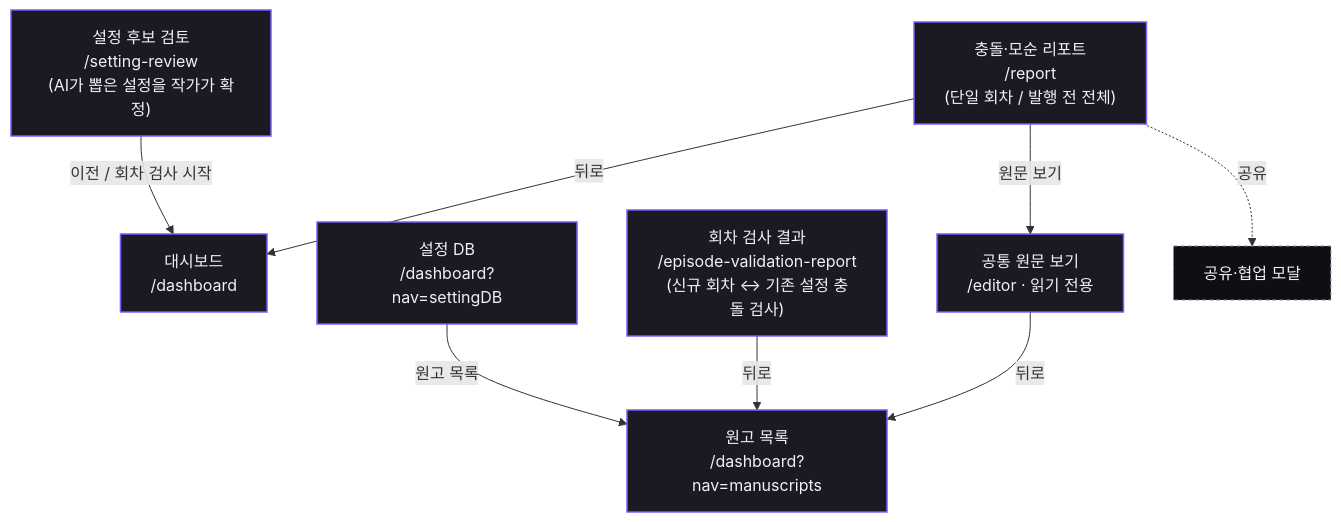
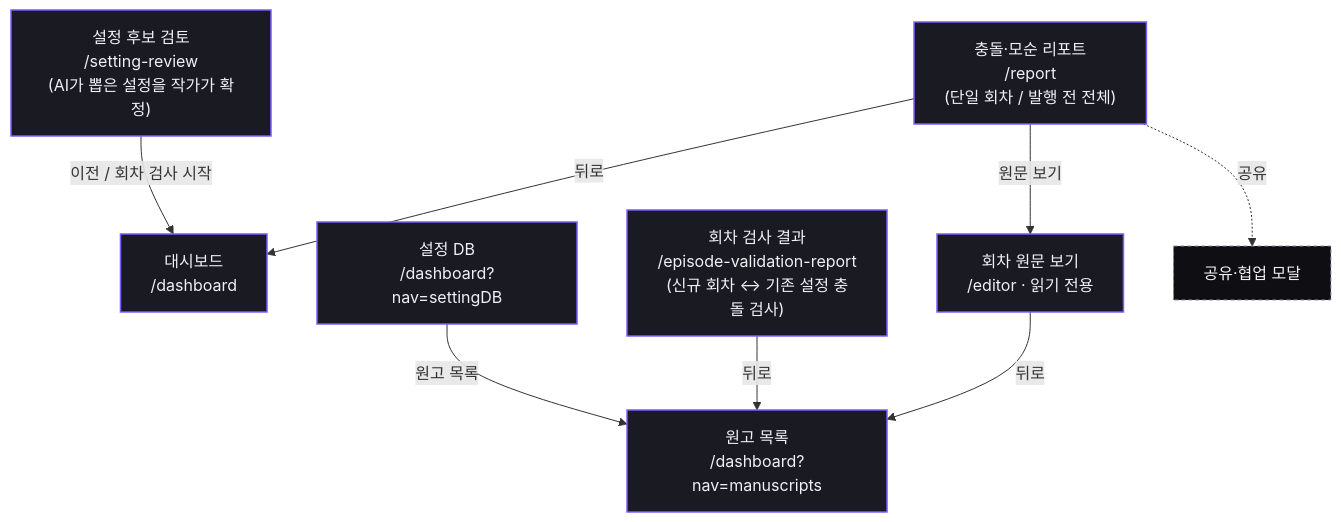
One commit to catchhole-soma/catchhole-front changed the seventh of 7 diagrams in docs/screen-flow.md. Above: the diagram before and after it, drawn with Mermaid. The commit also changed other lines of this file and 11 other files, not shown here.

````diff
--- a/docs/screen-flow.md
+++ b/docs/screen-flow.md
@@ -362,20 +360,20 @@
 ```mermaid
 flowchart TD
   review["설정 후보 검토<br/>/setting-review<br/>(AI가 뽑은 설정을 작가가 확정)"]:::private
   review -- "이전 / 회차 검사 시작" --> dashboard["대시보드<br/>/dashboard"]:::private
 
   settingDB["설정 DB<br/>/dashboard?nav=settingDB"]:::private
   settingDB -- "원고 목록" --> manuscripts["원고 목록<br/>/dashboard?nav=manuscripts"]:::private
 
   valreport["회차 검사 결과<br/>/episode-validation-report<br/>(신규 회차 ↔ 기존 설정 충돌 검사)"]:::private
   valreport -- "뒤로" --> manuscripts
 
   report["충돌·모순 리포트<br/>/report<br/>(단일 회차 / 발행 전 전체)"]:::private
-  report -- "원문 보기" --> source["공통 원문 보기<br/>/editor · 읽기 전용"]:::private
+  report -- "원문 보기" --> source["회차 원문 보기<br/>/editor · 읽기 전용"]:::private
   source -- "뒤로" --> manuscripts
   report -- "뒤로" --> dashboard
   report -. "공유" .-> share["공유·협업 모달"]:::modal
 
   classDef private fill:#1A1A22,stroke:#7C5CFC,stroke-width:1.5px,color:#F0F0F5;
   classDef modal fill:#0F0F13,stroke:#9090A8,stroke-dasharray:4 3,color:#F0F0F5;
 ```
````
